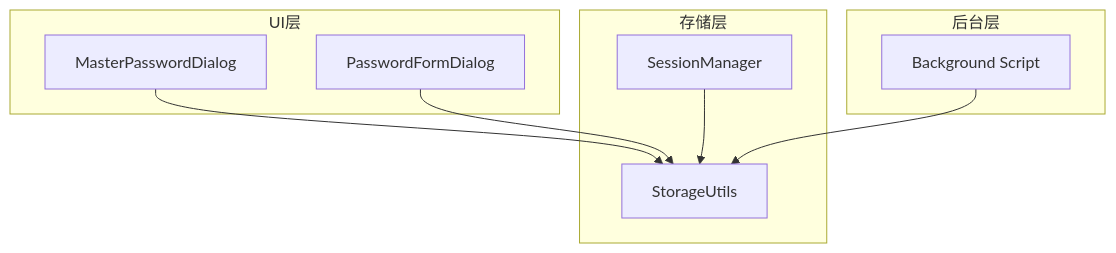
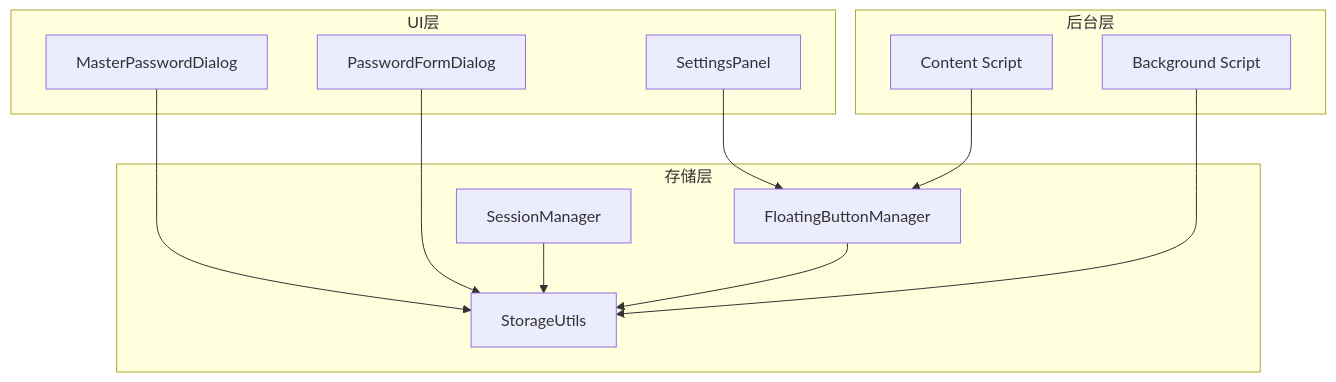
Before and after one commit to liaolongdong/account-password-helper: diagram 13 of 13 in .qoder/repowiki/zh/content/核心模块/存储管理系统.md, drawn with Mermaid. The commit also changed other lines of this file and 23 other files, not shown here.

````diff
--- a/.qoder/repowiki/zh/content/核心模块/存储管理系统.md
+++ b/.qoder/repowiki/zh/content/核心模块/存储管理系统.md
@@ -359,18 +671,24 @@
 ```mermaid
 graph TB
 subgraph "存储层"
 StorageUtils[StorageUtils]
 SessionManager[SessionManager]
+FloatingButtonManager[FloatingButtonManager]
 end
 subgraph "UI层"
 MasterPasswordDialog[MasterPasswordDialog]
 PasswordFormDialog[PasswordFormDialog]
+SettingsPanel[SettingsPanel]
 end
 subgraph "后台层"
 BackgroundScript[Background Script]
+ContentScript[Content Script]
 end
 MasterPasswordDialog --> StorageUtils
 PasswordFormDialog --> StorageUtils
 SessionManager --> StorageUtils
+FloatingButtonManager --> StorageUtils
+SettingsPanel --> FloatingButtonManager
 BackgroundScript --> StorageUtils
+ContentScript --> FloatingButtonManager
 ```
````
